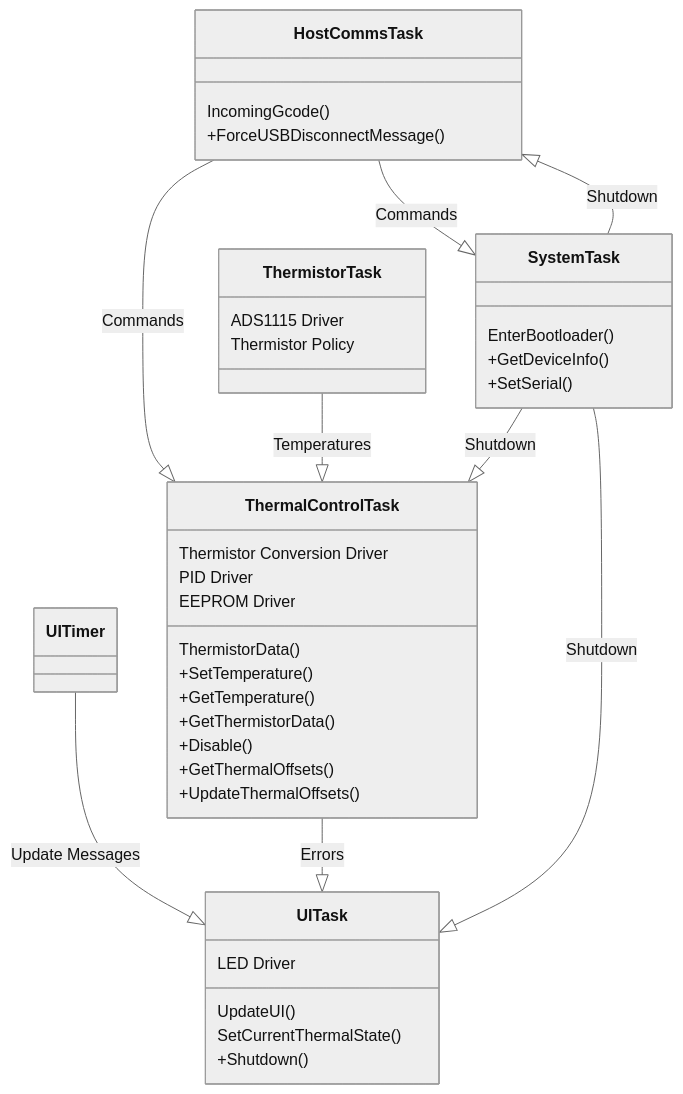
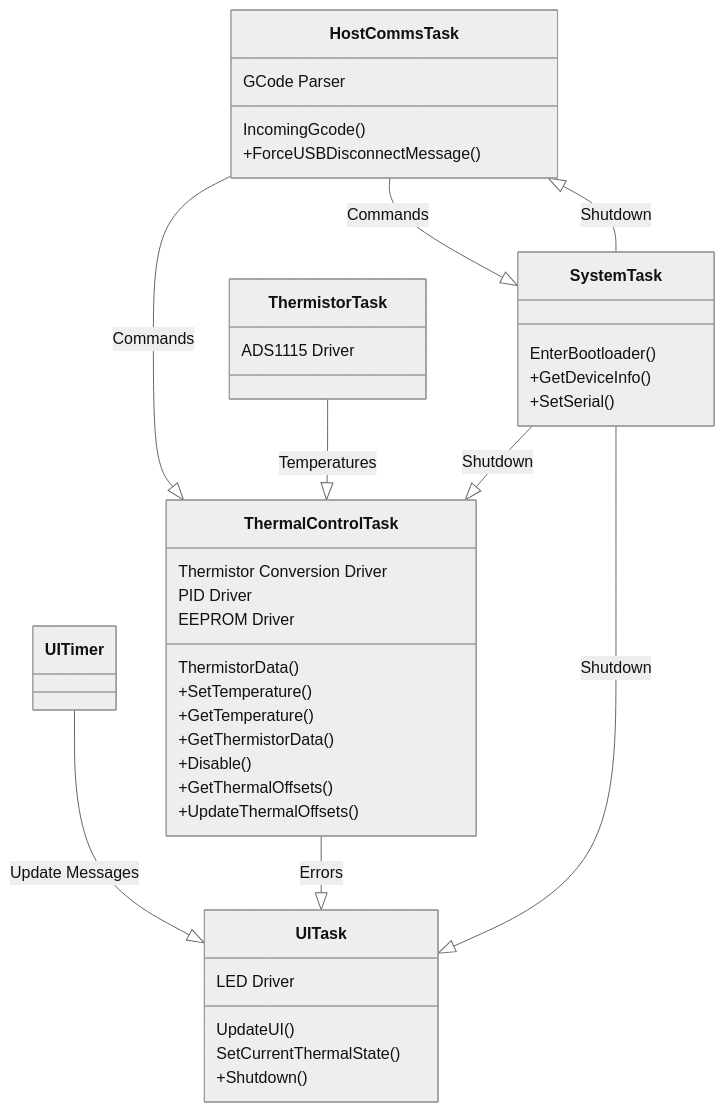
The second of 2 diagrams in stm32-modules/tempdeck-gen3/firmware/README.md (Opentrons/opentrons-modules), drawn with Mermaid (neutral theme) before and after one commit. The commit also changed other lines of this file and 1 other file, not shown here.

````diff
--- a/stm32-modules/tempdeck-gen3/firmware/README.md
+++ b/stm32-modules/tempdeck-gen3/firmware/README.md
@@ -79,47 +80,47 @@
 ```mermaid
 classDiagram
     class HostCommsTask {
+        GCode Parser
         IncomingGcode()
         +ForceUSBDisconnectMessage()
     }
 
     class UITimer
 
     class UITask {
         LED Driver
         UpdateUI()
         SetCurrentThermalState()
         +Shutdown()
     }
 
     class SystemTask{
         EnterBootloader()
         +GetDeviceInfo()
         +SetSerial()
     }
     class ThermistorTask{
         ADS1115 Driver
-        Thermistor Policy
     }
     class ThermalControlTask {
         Thermistor Conversion Driver
         PID Driver
         EEPROM Driver
         ThermistorData()
         +SetTemperature()
         +GetTemperature()
         +GetThermistorData()
         +Disable()
         +GetThermalOffsets()
         +UpdateThermalOffsets()
     }
 
     HostCommsTask --|> SystemTask : Commands
     HostCommsTask --|> ThermalControlTask : Commands
     ThermistorTask --|> ThermalControlTask : Temperatures
     UITimer --|> UITask : Update Messages
     ThermalControlTask --|> UITask : Errors
     SystemTask --|> HostCommsTask : Shutdown
     SystemTask --|> ThermalControlTask : Shutdown
     SystemTask --|> UITask : Shutdown
 ```
````
